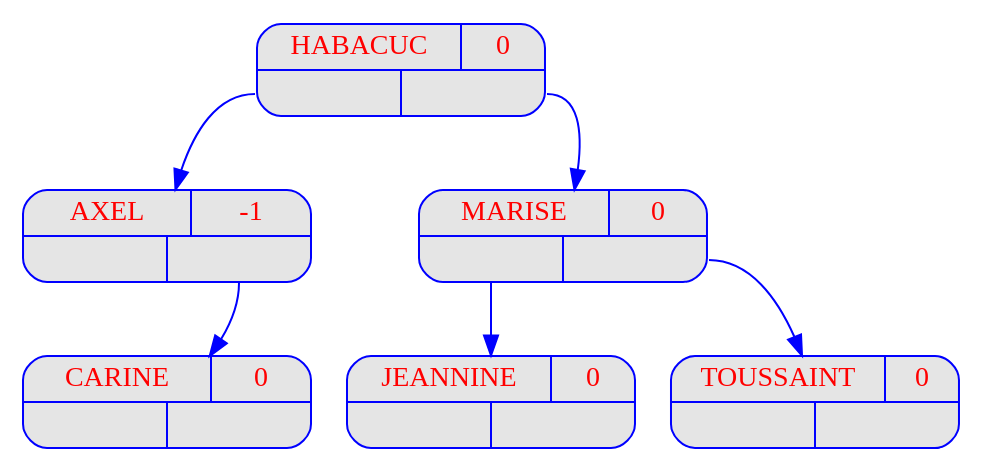
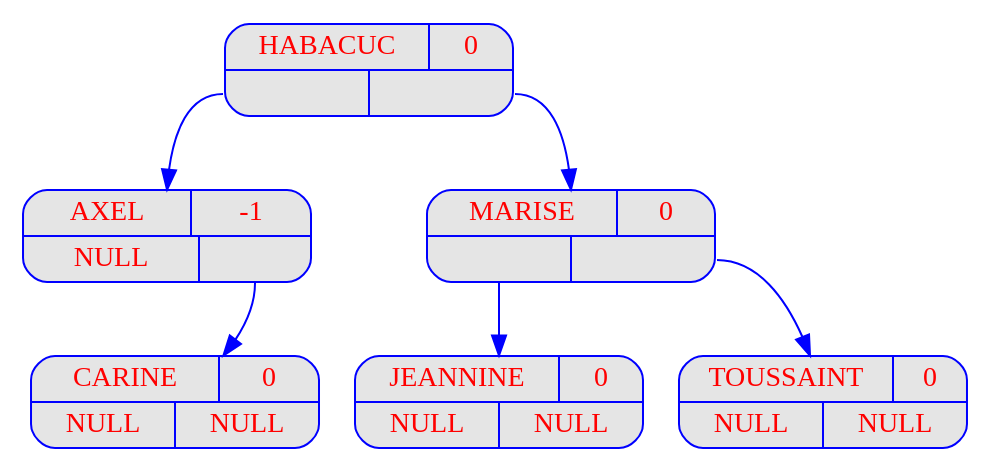
Before and after one commit to benech17/AVL-trees: the diagram in programme1/output/dot/_v05.dot, drawn with Graphviz. The commit also changed 22 other files, not shown here.

```diff
--- a/programme1/output/dot/_v05.dot
+++ b/programme1/output/dot/_v05.dot
@@ -1,62 +1,62 @@
 digraph  {
 	node [
 		fontname  = "Arial bold" 
 		fontsize  = "14"
 		fontcolor = "red"
 		style     = "rounded, filled"
 		shape     = "record"
 		fillcolor = "grey90"
 		color     = "blue"
 		width     = "2"
 	]
 
 	edge [
 		color     = "blue"
 	]
 
-	"HABACUC
-" [label = "{{<c> HABACUC
- | <b> 0} | { <g> | <d>}}"];
-	"HABACUC
-":g -> "AXEL
-";
-	"AXEL
-" [label = "{{<c> AXEL
- | <b> -1} | { <g> | <d>}}"];
-	"AXEL
-" [label = "{{<c> AXEL
- | <b> -1} | { <g> | <d>}}"];
-	"AXEL
-":d -> "CARINE
-";
-	"CARINE
-" [label = "{{<c> CARINE
- | <b> 0} | { <g> | <d>}}"];
-	"CARINE
-" [label = "{{<c> CARINE
- | <b> 0} | { <g> | <d>}}"];
-	"HABACUC
-":d -> "MARISE
-";
-	"MARISE
-" [label = "{{<c> MARISE
- | <b> 0} | { <g> | <d>}}"];
-	"MARISE
-":g -> "JEANNINE
-";
-	"JEANNINE
-" [label = "{{<c> JEANNINE
- | <b> 0} | { <g> | <d>}}"];
-	"JEANNINE
-" [label = "{{<c> JEANNINE
- | <b> 0} | { <g> | <d>}}"];
-	"MARISE
-":d -> "TOUSSAINT
-";
-	"TOUSSAINT
-" [label = "{{<c> TOUSSAINT
- | <b> 0} | { <g> | <d>}}"];
-	"TOUSSAINT
-" [label = "{{<c> TOUSSAINT
- | <b> 0} | { <g> | <d>}}"];
+	HABACUC
+ [label = "{{<c> HABACUC
+ | <b> 0}| { <g> | <d>}}"];
+	HABACUC
+:g -> AXEL
+;
+	AXEL
+ [label = "{{<c> AXEL
+ | <b> -1}| { <g> | <d>}}"];
+	AXEL
+ [label = "{{<c> AXEL
+ | <b> -1}| { <g> NULL | <d> }}"];
+	AXEL
+:d -> CARINE
+;
+	CARINE
+ [label = "{{<c> CARINE
+ | <b> 0}| { <g> | <d>}}"];
+	CARINE
+ [label = "{{<c> CARINE
+ | <b> 0}| { <g> NULL | <d> NULL}}"];
+	HABACUC
+:d -> MARISE
+;
+	MARISE
+ [label = "{{<c> MARISE
+ | <b> 0}| { <g> | <d>}}"];
+	MARISE
+:g -> JEANNINE
+;
+	JEANNINE
+ [label = "{{<c> JEANNINE
+ | <b> 0}| { <g> | <d>}}"];
+	JEANNINE
+ [label = "{{<c> JEANNINE
+ | <b> 0}| { <g> NULL | <d> NULL}}"];
+	MARISE
+:d -> TOUSSAINT
+;
+	TOUSSAINT
+ [label = "{{<c> TOUSSAINT
+ | <b> 0}| { <g> | <d>}}"];
+	TOUSSAINT
+ [label = "{{<c> TOUSSAINT
+ | <b> 0}| { <g> NULL | <d> NULL}}"];
 }
```
